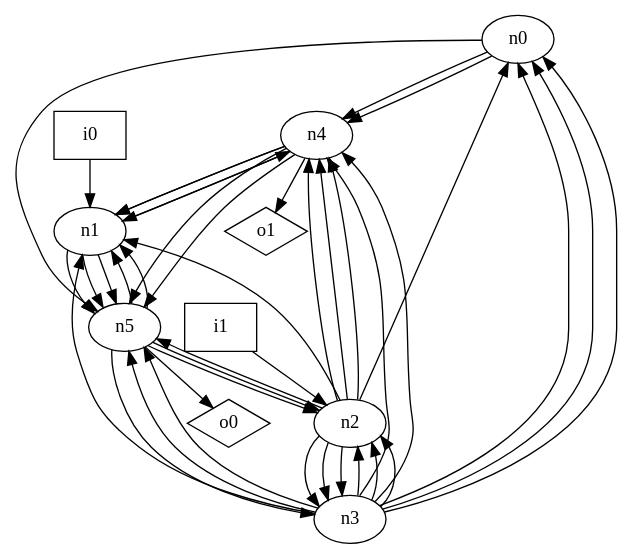
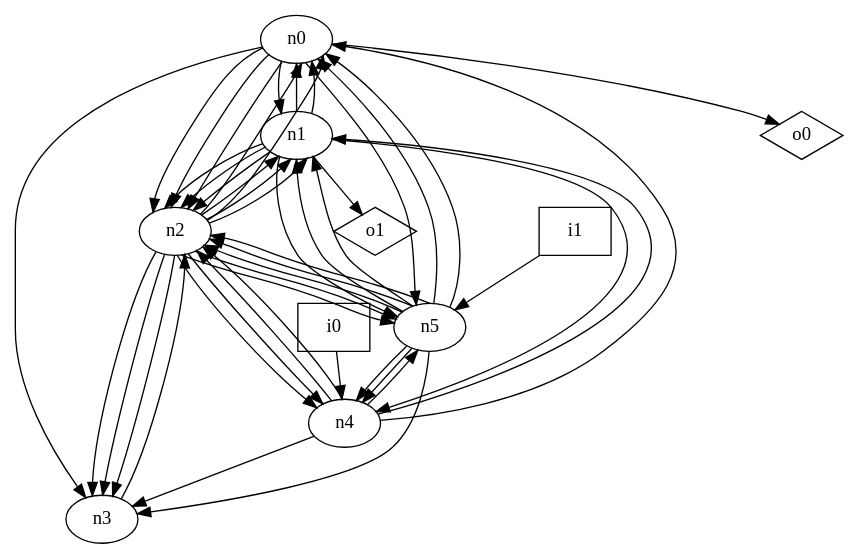
One commit to p9romain/bool-circuits changed the diagram in dot_files/random_graph/loop_free_graph.dot. Above: the diagram before and after it, drawn with Graphviz. The commit also changed 84 other files, not shown here.

```diff
--- a/dot_files/random_graph/loop_free_graph.dot
+++ b/dot_files/random_graph/loop_free_graph.dot
@@ -1,53 +1,58 @@
 digraph G {
 n0 [label="n0"];
 n1 [label="n1"];
 n2 [label="n2"];
 n3 [label="n3"];
 n4 [label="n4"];
 n5 [label="n5"];
 n6 [label="i0",shape="box"];
 n7 [label="i1",shape="box"];
 n8 [label="o0",shape="diamond"];
 n9 [label="o1",shape="diamond"];
-n0 -> n4
-n0 -> n4
+n0 -> n1
+n0 -> n2
+n0 -> n2
+n0 -> n2
+n0 -> n3
 n0 -> n5
+n0 -> n8
+n1 -> n0
+n1 -> n0
+n1 -> n2
+n1 -> n2
+n1 -> n2
 n1 -> n4
 n1 -> n5
-n1 -> n5
-n1 -> n5
+n1 -> n9
 n2 -> n0
+n2 -> n0
+n2 -> n1
+n2 -> n1
 n2 -> n1
 n2 -> n3
 n2 -> n3
 n2 -> n3
 n2 -> n4
 n2 -> n4
-n2 -> n4
 n2 -> n5
-n3 -> n0
-n3 -> n0
-n3 -> n0
-n3 -> n1
+n2 -> n5
 n3 -> n2
-n3 -> n2
-n3 -> n2
-n3 -> n4
-n3 -> n4
-n3 -> n5
-n3 -> n5
+n4 -> n0
 n4 -> n1
-n4 -> n1
-n4 -> n1
+n4 -> n2
+n4 -> n2
+n4 -> n3
 n4 -> n5
-n4 -> n5
-n4 -> n9
+n5 -> n0
+n5 -> n0
 n5 -> n1
 n5 -> n1
 n5 -> n2
 n5 -> n2
+n5 -> n2
 n5 -> n3
-n5 -> n8
-n6 -> n1
-n7 -> n2
+n5 -> n4
+n5 -> n4
+n6 -> n4
+n7 -> n5
 }
```
